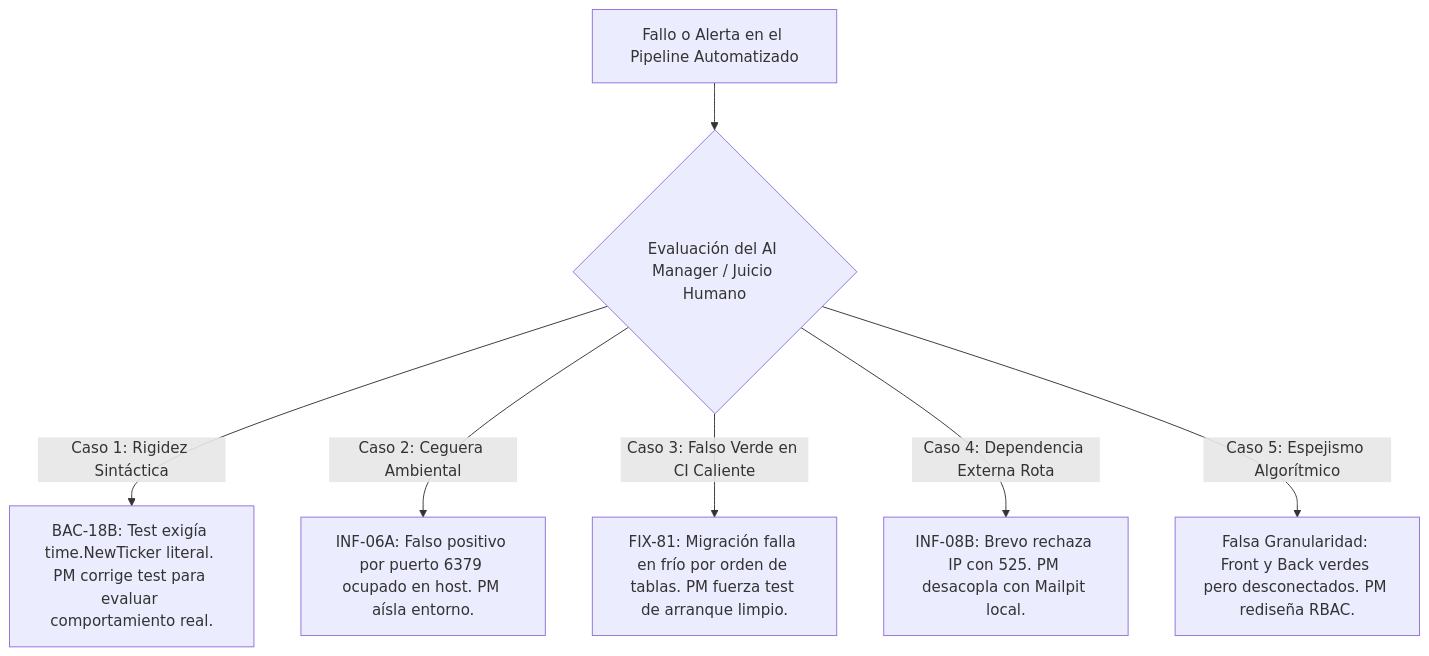
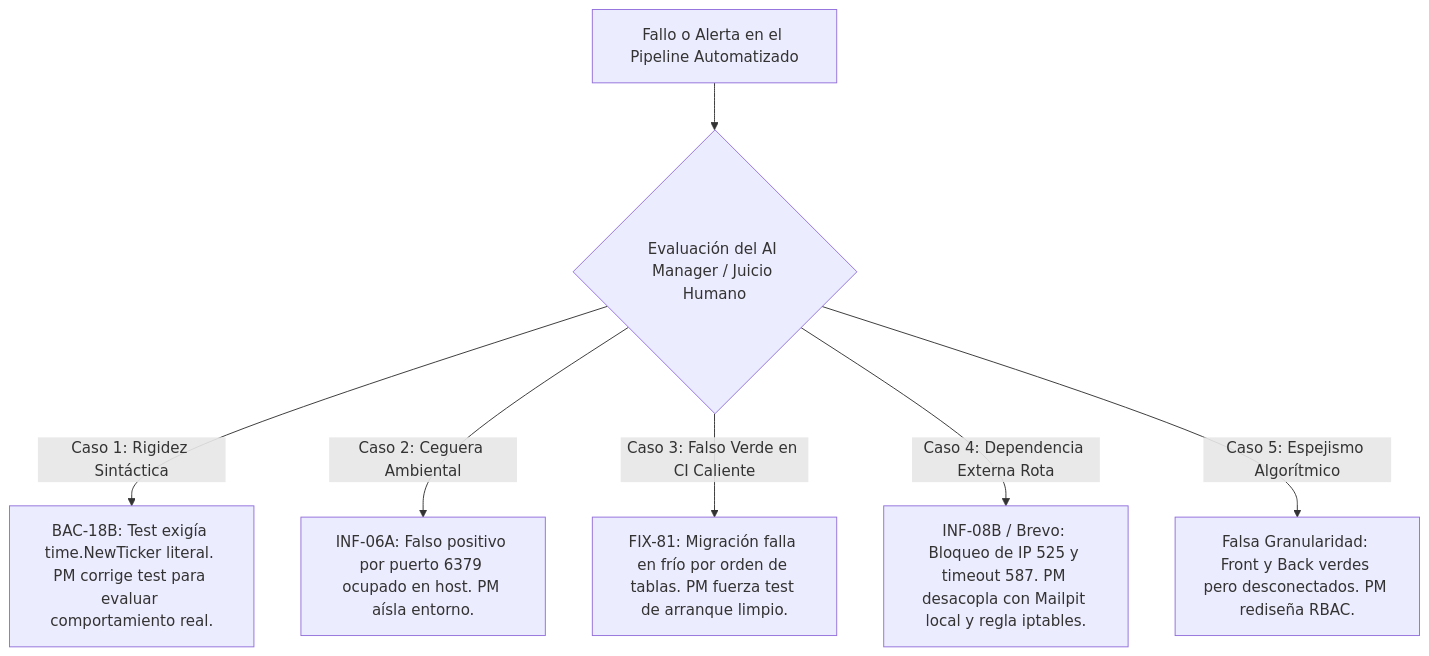
One commit to micaelaalvaradomendez/centinela changed the diagram in documentacion/defensaarticulo/07_casos_fallo_automatizacion_y_judgment_gap.md. Above: the diagram before and after it, drawn with Mermaid. The commit also changed other lines of this file and 31 other files, not shown here.

````diff
--- a/documentacion/defensaarticulo/07_casos_fallo_automatizacion_y_judgment_gap.md
+++ b/documentacion/defensaarticulo/07_casos_fallo_automatizacion_y_judgment_gap.md
@@ -20,10 +20,10 @@
 ```mermaid
 flowchart TD
     FAIL[Fallo o Alerta en el Pipeline Automatizado] --> EVAL{Evaluación del AI Manager / Juicio Humano}
     
     EVAL -->|Caso 1: Rigidez Sintáctica| FIX1[BAC-18B: Test exigía time.NewTicker literal. PM corrige test para evaluar comportamiento real.]
     EVAL -->|Caso 2: Ceguera Ambiental| FIX2[INF-06A: Falso positivo por puerto 6379 ocupado en host. PM aísla entorno.]
     EVAL -->|Caso 3: Falso Verde en CI Caliente| FIX3[FIX-81: Migración falla en frío por orden de tablas. PM fuerza test de arranque limpio.]
-    EVAL -->|Caso 4: Dependencia Externa Rota| FIX4[INF-08B: Brevo rechaza IP con 525. PM desacopla con Mailpit local.]
+    EVAL -->|Caso 4: Dependencia Externa Rota| FIX4[INF-08B / Brevo: Bloqueo de IP 525 y timeout 587. PM desacopla con Mailpit local y regla iptables.]
     EVAL -->|Caso 5: Espejismo Algorítmico| FIX5[Falsa Granularidad: Front y Back verdes pero desconectados. PM rediseña RBAC.]
 ```
````
